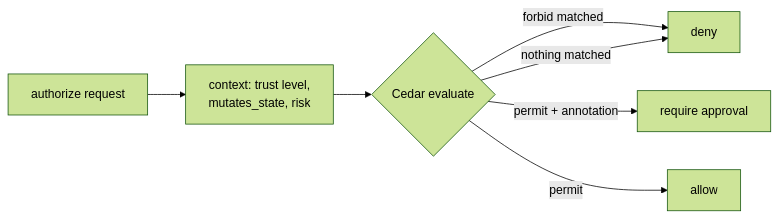
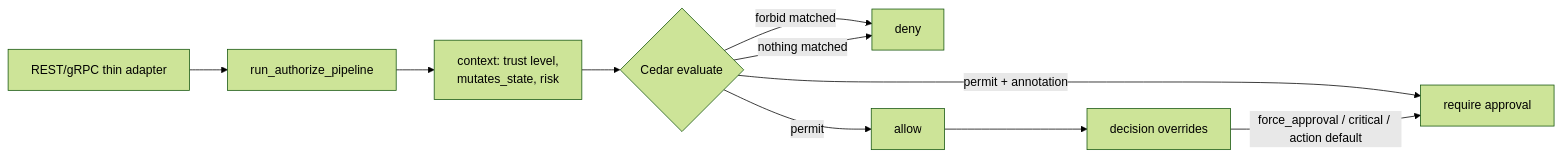
The diagram in docs/components/Policy_Engine.md (lavkushry/AegisAgent), drawn with Mermaid (forest theme) before and after one commit. The commit also changed other lines of this file and 101 other files, not shown here.

First line of the commit message:
feat: Week-3 typed authorize service (aegis-decision pipeline) (#1872)

````diff
--- a/docs/components/Policy_Engine.md
+++ b/docs/components/Policy_Engine.md
@@ -21,9 +31,12 @@
 ```mermaid
 flowchart LR
-    REQ[authorize request] --> CTX[context: trust level,<br/>mutates_state, risk]
+    ADAPTER[REST/gRPC thin adapter] --> PIPE[run_authorize_pipeline]
+    PIPE --> CTX[context: trust level,<br/>mutates_state, risk]
     CTX --> CEDAR{Cedar evaluate}
     CEDAR -->|forbid matched| DENY[deny]
     CEDAR -->|permit + annotation| APPR[require approval]
     CEDAR -->|permit| ALLOW[allow]
     CEDAR -->|nothing matched| DENY
+    ALLOW --> OV[decision overrides]
+    OV -->|force_approval / critical / action default| APPR
 ```
````
